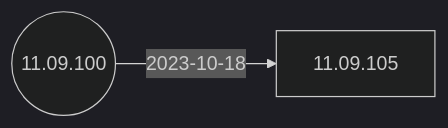
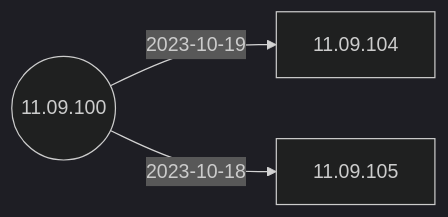
One commit to IGEL-Community/IGEL-Docs-v02 changed the second of 5 diagrams in docs/Docs/ReleaseNotes/01-OS11/README.md. Above: the diagram before and after it, drawn with Mermaid (dark theme). The commit also changed 2 other files, not shown here.

Commit message:
11.09.104 < 11.09.100

````diff
--- a/docs/Docs/ReleaseNotes/01-OS11/README.md
+++ b/docs/Docs/ReleaseNotes/01-OS11/README.md
@@ -41,7 +41,9 @@
 ```mermaid
 flowchart LR
+    11.09.100-- 2023-10-19 -->11.09.104
     11.09.100-- 2023-10-18 -->11.09.105
     11.09.100((11.09.100))
+    click 11.09.104 "https://github.com/IGEL-Community/IGEL-Docs-v02/tree/main/docs/Docs/ReleaseNotes/01-OS11/readme11.09.104.txt" _blank
     click 11.09.105 "https://github.com/IGEL-Community/IGEL-Docs-v02/tree/main/docs/Docs/ReleaseNotes/01-OS11/readme11.09.105.txt" _blank
     click 11.09.100 "https://github.com/IGEL-Community/IGEL-Docs-v02/tree/main/docs/Docs/ReleaseNotes/01-OS11/readme11.09.100.txt" _blank
 ```
````
